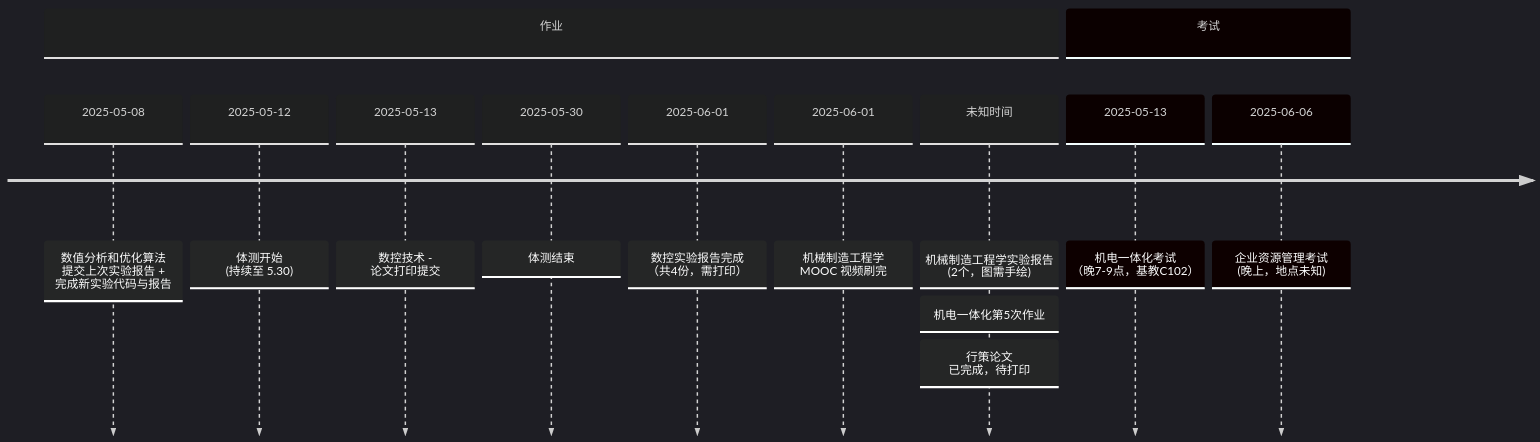
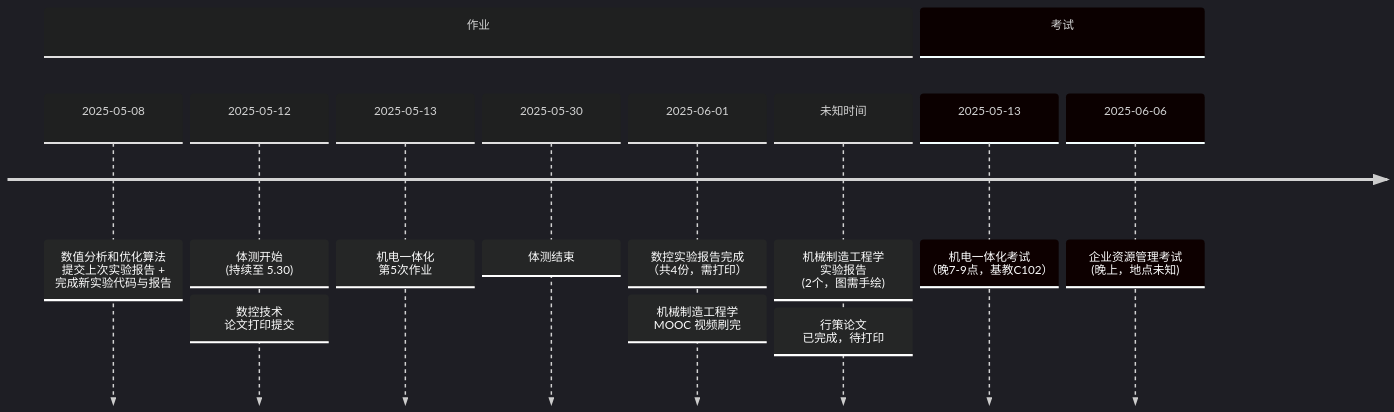
The first of 3 diagrams in 日记/2025-05-08.md (Sophomoresty/obsidian-notes), drawn with Mermaid before and after one commit. The commit also changed other lines of this file, not shown here.

Commit message:
手动提交 更新时间:2025-05-08

````diff
--- a/日记/2025-05-08.md
+++ b/日记/2025-05-08.md
@@ -44,21 +44,22 @@
 ```mermaid
 %%{init: { 'logLevel': 'debug', 'theme': 'dark' } }%%
 timeline
 
 section 作业
 2025-05-08 : 数值分析和优化算法<br>提交上次实验报告 + 完成新实验代码与报告
 2025-05-12 : 体测开始<br>(持续至 5.30)
-2025-05-13 : 数控技术 - 论文打印提交
+: 数控技术<br>论文打印提交
+2025-05-13 : 机电一体化<br>第5次作业
 
 2025-05-30 : 体测结束
 2025-06-01 : 数控实验报告完成<br>（共4份，需打印）
-2025-06-01 : 机械制造工程学<br>MOOC 视频刷完
+: 机械制造工程学<br>MOOC 视频刷完
 
-未知时间 : 机械制造工程学实验报告<br>(2个，图需手绘)
-: 机电一体化第5次作业
+未知时间 : 机械制造工程学<br>实验报告<br>(2个，图需手绘)
 : 行策论文<br>已完成，待打印
+
 section 考试 
 	2025-05-13 : 机电一体化考试<br>（晚7-9点，基教C102）
 	2025-06-06 : 企业资源管理考试<br> (晚上，地点未知)
 
 ```
````
